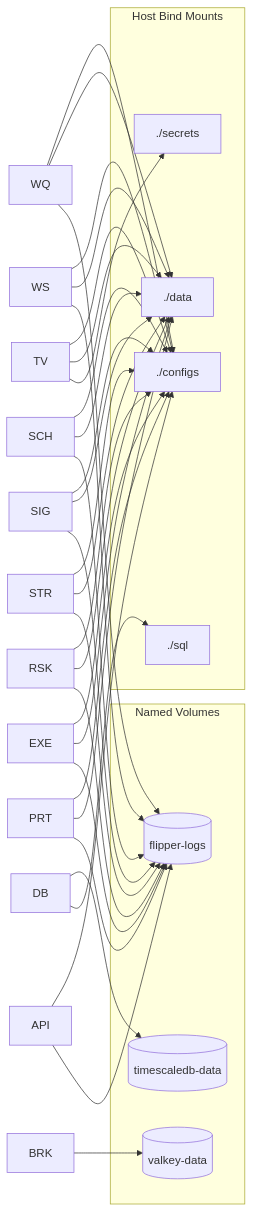
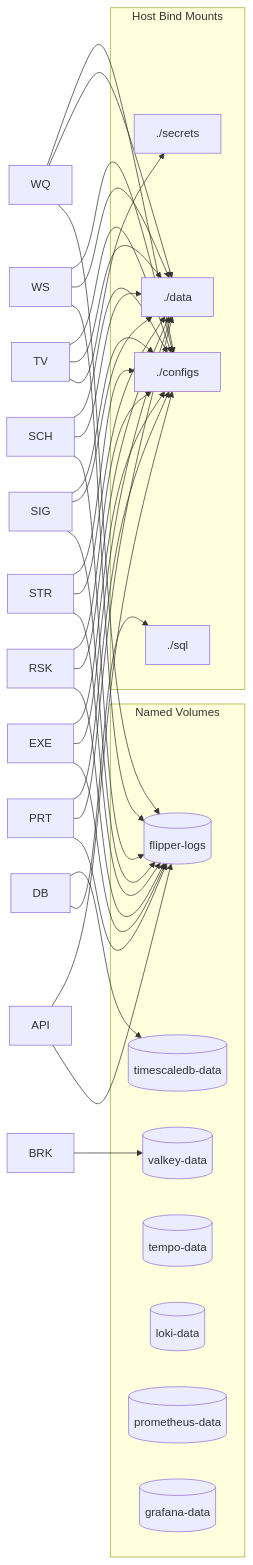
One commit to transparentCode/flipperAgent changed the second of 11 diagrams in docs/docker_topology.md. Above: the diagram before and after it, drawn with Mermaid. The commit also changed other lines of this file and 26 other files, not shown here.

````diff
--- a/docs/docker_topology.md
+++ b/docs/docker_topology.md
@@ -72,52 +95,56 @@
 ```mermaid
 graph LR
     subgraph named["Named Volumes"]
         V1[(timescaledb-data)]
         V2[(valkey-data)]
         V3[(flipper-logs)]
+        V4[(tempo-data)]
+        V5[(loki-data)]
+        V6[(prometheus-data)]
+        V7[(grafana-data)]
     end
 
     subgraph bind["Host Bind Mounts"]
         B1[./configs]
         B2[./data]
         B3[./sql]
         B4[./secrets]
     end
 
     DB    --> V1
     BRK   --> V2
 
     WQ    --> B1
     WQ    --> B2
     WQ    --> V3
     WS    --> B1
     WS    --> B2
     WS    --> V3
     SCH   --> B1
     SCH   --> B2
     SCH   --> V3
     TV    --> B1
     TV    --> B2
     TV    --> B4
 
     SIG   --> B1
     SIG   --> B2
     SIG   --> V3
     STR   --> B1
     STR   --> B2
     STR   --> V3
     RSK   --> B1
     RSK   --> B2
     RSK   --> V3
     EXE   --> B1
     EXE   --> B2
     EXE   --> V3
     PRT   --> B1
     PRT   --> B2
     PRT   --> V3
 
     API   --> B1
     API   --> V3
 
     DB    --> B3
 ```
````
